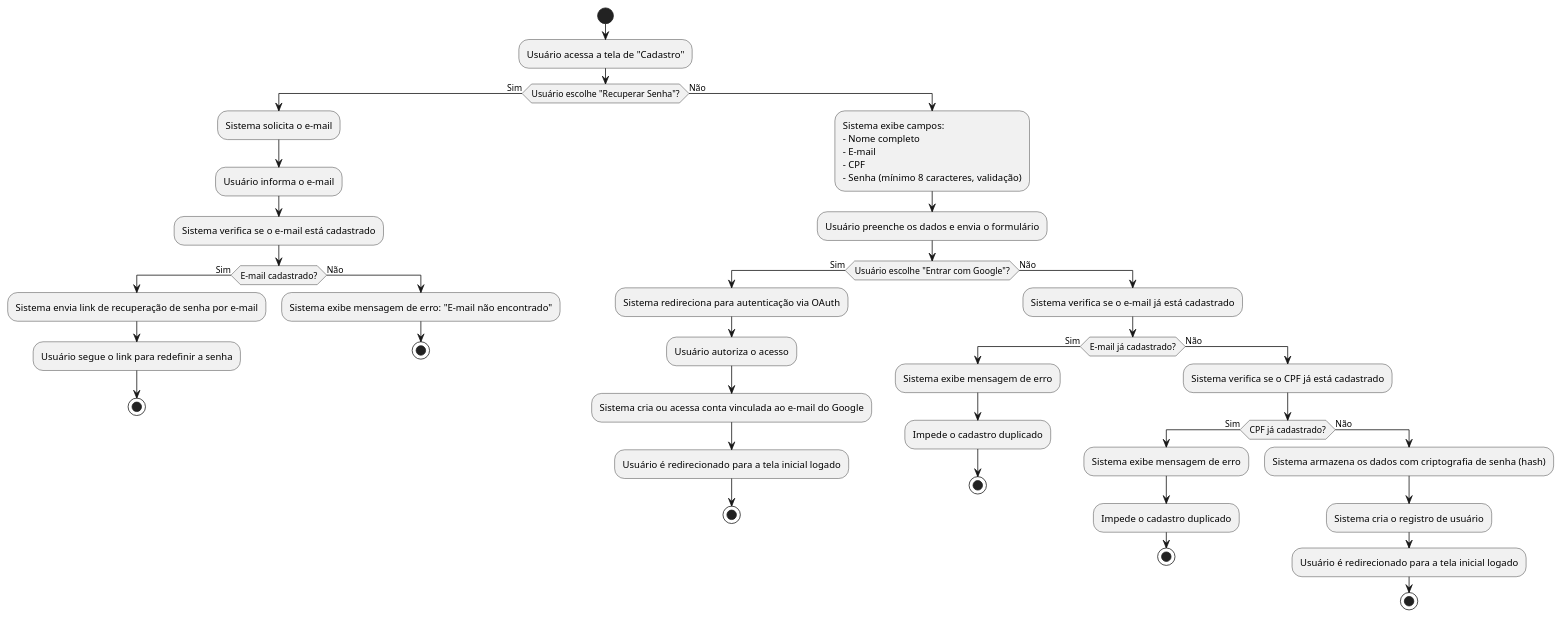
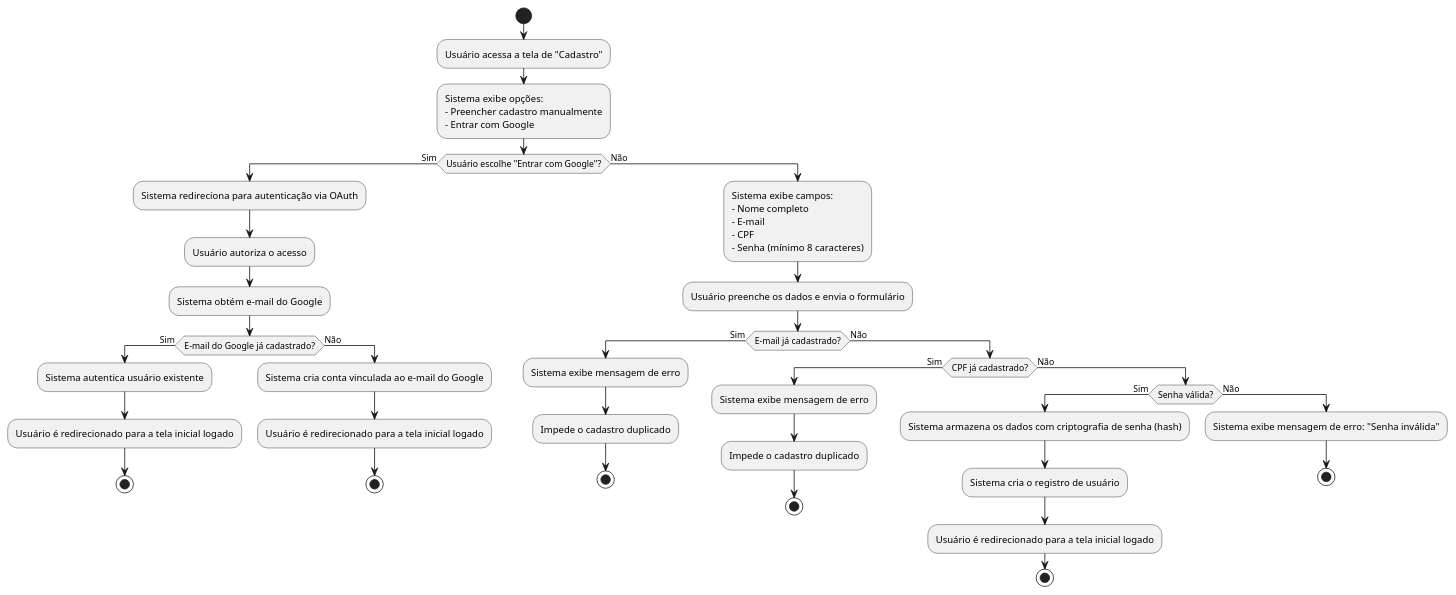
The diagram in modelos/atividade/UC_Cadastro_Usuário.md (MirelleAlves/2025.1_AOO_AV), drawn with PlantUML before and after one commit. The commit also changed other lines of this file, not shown here.

````diff
--- a/modelos/atividade/UC_Cadastro_Usuário.md
+++ b/modelos/atividade/UC_Cadastro_Usuário.md
@@ -11,63 +10,60 @@
 ```puml
 @startuml
 start
 
 :Usuário acessa a tela de "Cadastro";
 
-if (Usuário escolhe "Recuperar Senha"?) then (Sim)
-  :Sistema solicita o e-mail;
-  :Usuário informa o e-mail;
+:Sistema exibe opções:
+- Preencher cadastro manualmente
+- Entrar com Google;
 
-  :Sistema verifica se o e-mail está cadastrado;
+if (Usuário escolhe "Entrar com Google"?) then (Sim)
+  :Sistema redireciona para autenticação via OAuth;
+  :Usuário autoriza o acesso;
+  :Sistema obtém e-mail do Google;
 
-  if (E-mail cadastrado?) then (Sim)
-    :Sistema envia link de recuperação de senha por e-mail;
-    :Usuário segue o link para redefinir a senha;
+  if (E-mail do Google já cadastrado?) then (Sim)
+    :Sistema autentica usuário existente;
+    :Usuário é redirecionado para a tela inicial logado;
     stop
   else (Não)
-    :Sistema exibe mensagem de erro: "E-mail não encontrado";
+    :Sistema cria conta vinculada ao e-mail do Google;
+    :Usuário é redirecionado para a tela inicial logado;
     stop
   endif
 
 else (Não)
-
   :Sistema exibe campos:
   - Nome completo
   - E-mail
   - CPF
-  - Senha (mínimo 8 caracteres, validação);
+  - Senha (mínimo 8 caracteres);
 
   :Usuário preenche os dados e envia o formulário;
 
-  if (Usuário escolhe "Entrar com Google"?) then (Sim)
-    :Sistema redireciona para autenticação via OAuth;
-    :Usuário autoriza o acesso;
-    :Sistema cria ou acessa conta vinculada ao e-mail do Google;
-    :Usuário é redirecionado para a tela inicial logado;
+  if (E-mail já cadastrado?) then (Sim)
+    :Sistema exibe mensagem de erro;
+    :Impede o cadastro duplicado;
     stop
   else (Não)
-    :Sistema verifica se o e-mail já está cadastrado;
-
-    if (E-mail já cadastrado?) then (Sim)
+    if (CPF já cadastrado?) then (Sim)
       :Sistema exibe mensagem de erro;
       :Impede o cadastro duplicado;
       stop
     else (Não)
-      :Sistema verifica se o CPF já está cadastrado;
-
-      if (CPF já cadastrado?) then (Sim)
-        :Sistema exibe mensagem de erro;
-        :Impede o cadastro duplicado;
-        stop
-      else (Não)
+      if (Senha válida?) then (Sim)
         :Sistema armazena os dados com criptografia de senha (hash);
         :Sistema cria o registro de usuário;
         :Usuário é redirecionado para a tela inicial logado;
+        stop
+      else (Não)
+        :Sistema exibe mensagem de erro: "Senha inválida";
         stop
       endif
     endif
   endif
 endif
 
 @enduml
+
 ```
````
